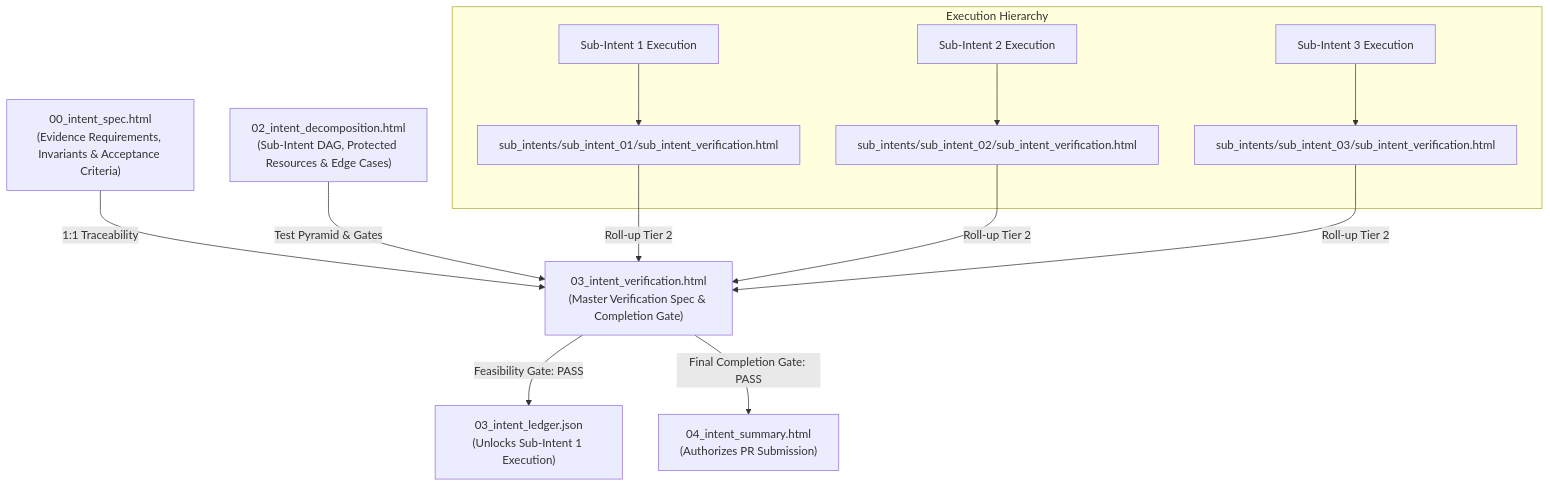
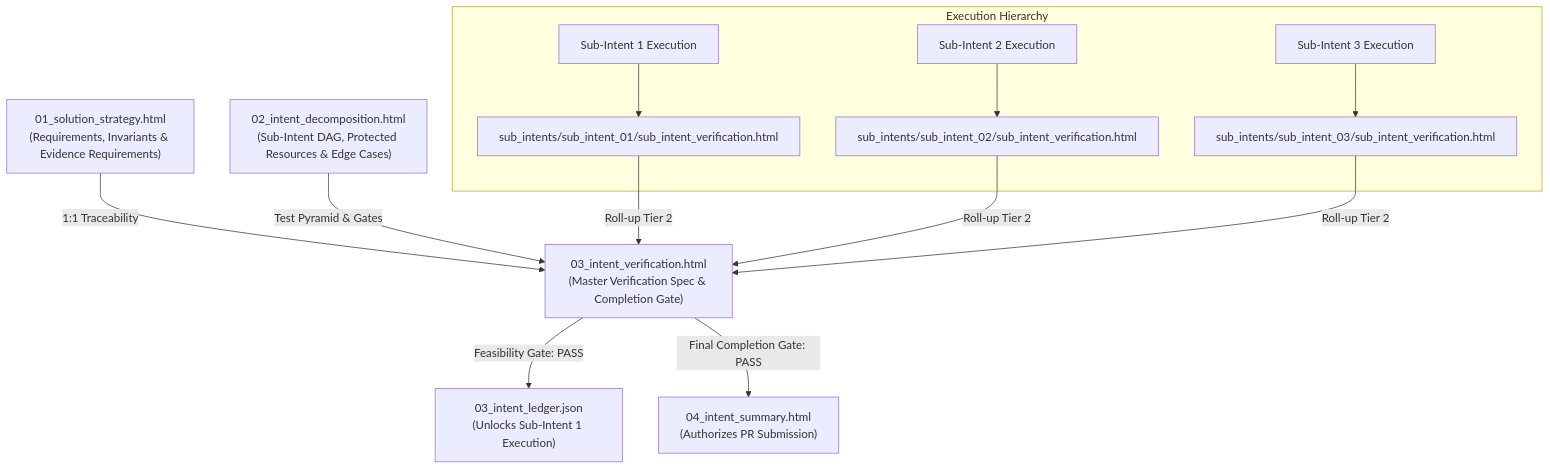
One commit to Equitable-Innovations/brevio changed the diagram in build-docs/docs/work-items/intent-verification.md. Above: the diagram before and after it, drawn with Mermaid. The commit also changed other lines of this file and 64 other files, not shown here.

````diff
--- a/build-docs/docs/work-items/intent-verification.md
+++ b/build-docs/docs/work-items/intent-verification.md
@@ -399,17 +396,17 @@
 ```mermaid
 graph TD
-    REQ["00_intent_spec.html<br/>(Evidence Requirements, Invariants & Acceptance Criteria)"] -->|" 1:1 Traceability "| VAL["03_intent_verification.html<br/>(Master Verification Spec & Completion Gate)"]
+    REQ["01_solution_strategy.html<br/>(Requirements, Invariants & Evidence Requirements)"] -->|" 1:1 Traceability "| VAL["03_intent_verification.html<br/>(Master Verification Spec & Completion Gate)"]
     PLAN["02_intent_decomposition.html<br/>(Sub-Intent DAG, Protected Resources & Edge Cases)"] -->|" Test Pyramid & Gates "| VAL
     VAL -->|" Feasibility Gate: PASS "| LEDGER["03_intent_ledger.json<br/>(Unlocks Sub-Intent 1 Execution)"]
 
     subgraph Execution Hierarchy
         P1["Sub-Intent 1 Execution"] --> P1V["sub_intents/sub_intent_01/sub_intent_verification.html"]
         P2["Sub-Intent 2 Execution"] --> P2V["sub_intents/sub_intent_02/sub_intent_verification.html"]
         P3["Sub-Intent 3 Execution"] --> P3V["sub_intents/sub_intent_03/sub_intent_verification.html"]
     end
 
     P1V -->|" Roll-up Tier 2 "| VAL
     P2V -->|" Roll-up Tier 2 "| VAL
     P3V -->|" Roll-up Tier 2 "| VAL
     VAL -->|" Final Completion Gate: PASS "| SUM["04_intent_summary.html<br/>(Authorizes PR Submission)"]
 ```
````
